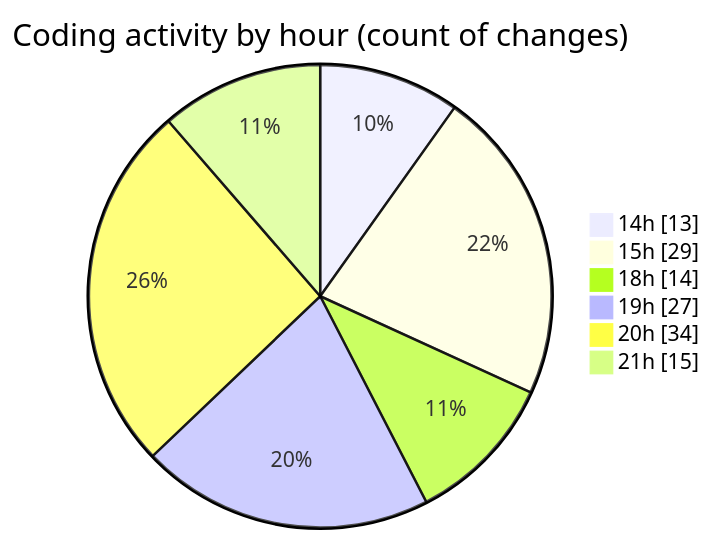
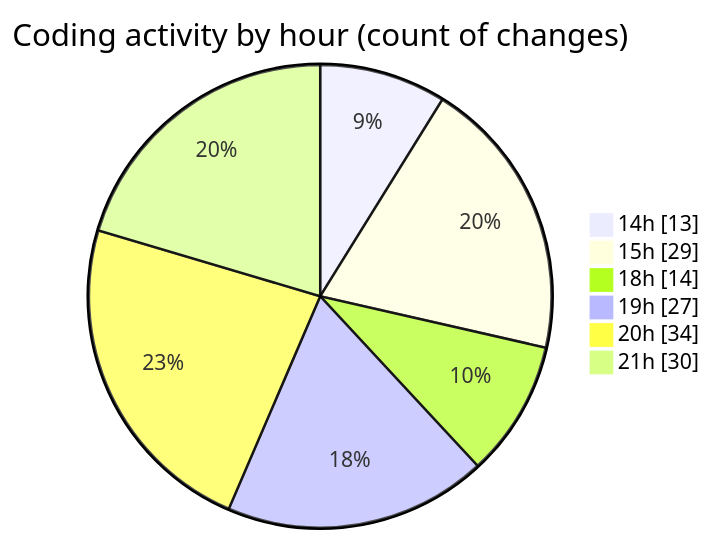
The second of 2 diagrams in 2025-06-23/scopecraft/README.md (Ritupan-Deka/code-tracking), drawn with Mermaid before and after one commit. The commit also changed other lines of this file and 1 other file, not shown here.

````diff
--- a/2025-06-23/scopecraft/README.md
+++ b/2025-06-23/scopecraft/README.md
@@ -55,10 +55,10 @@
 ```mermaid
 pie showData
 title Coding activity by hour (count of changes)
 "14h" : 13
 "15h" : 29
 "18h" : 14
 "19h" : 27
 "20h" : 34
-"21h" : 15
+"21h" : 30
 ```
````
